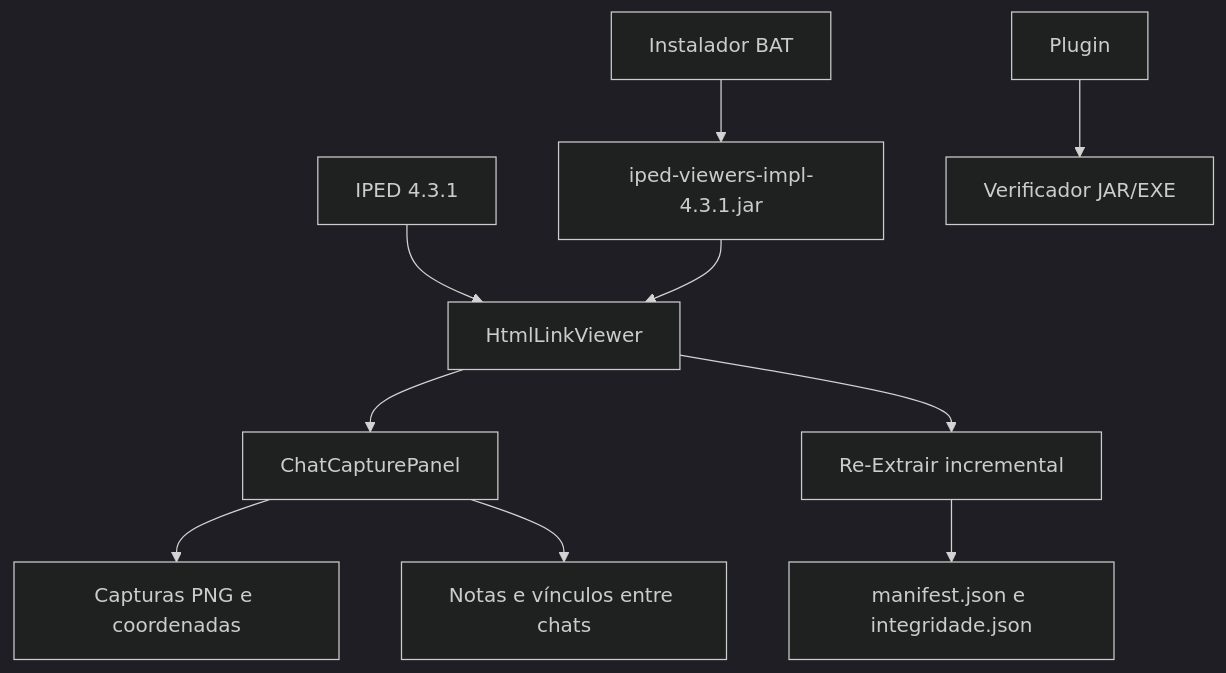
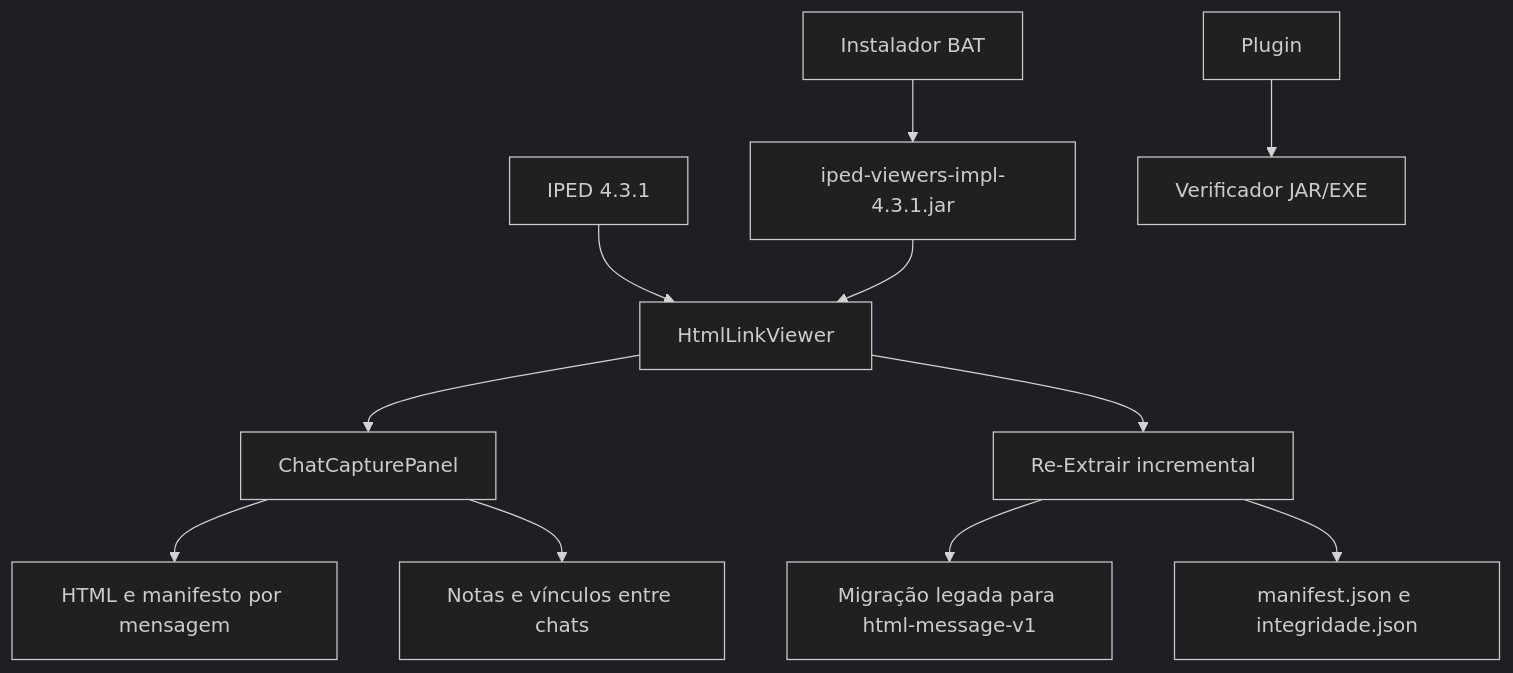
Before and after one commit to iagobusca/chat-captura-IPED: the diagram in doc.md, drawn with Mermaid (dark theme). The commit also changed other lines of this file and 103 other files, not shown here.

````diff
--- a/doc.md
+++ b/doc.md
@@ -21,12 +24,13 @@
 ```mermaid
 graph TD
     IPED[IPED 4.3.1] --> Viewer[HtmlLinkViewer]
     Viewer --> Capture[ChatCapturePanel]
-    Capture --> Frames[Capturas PNG e coordenadas]
+    Capture --> HtmlMessages[HTML e manifesto por mensagem]
     Capture --> Annotations[Notas e vínculos entre chats]
     Viewer --> Reextract[Re-Extrair incremental]
+    Reextract --> Migration[Migração legada para html-message-v1]
     Reextract --> Integrity[manifest.json e integridade.json]
     Installer[Instalador BAT] --> PluginJAR[iped-viewers-impl-4.3.1.jar]
     PluginJAR --> Viewer
     Plugin --> Verifier[Verificador JAR/EXE]
 ```
````
